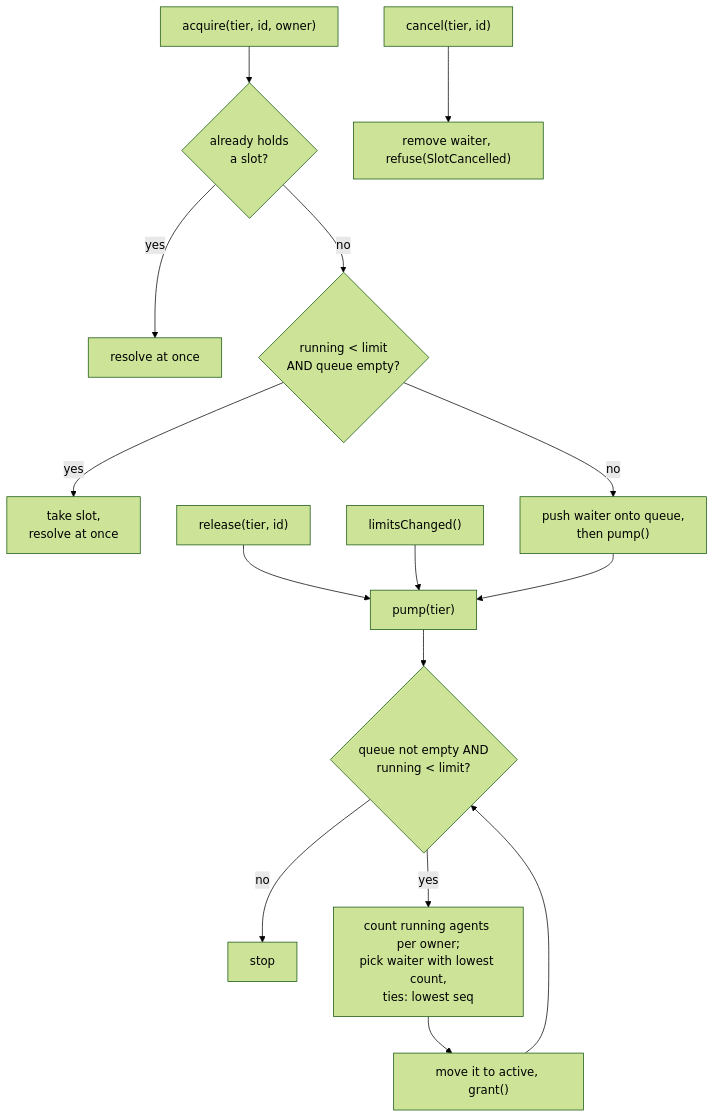
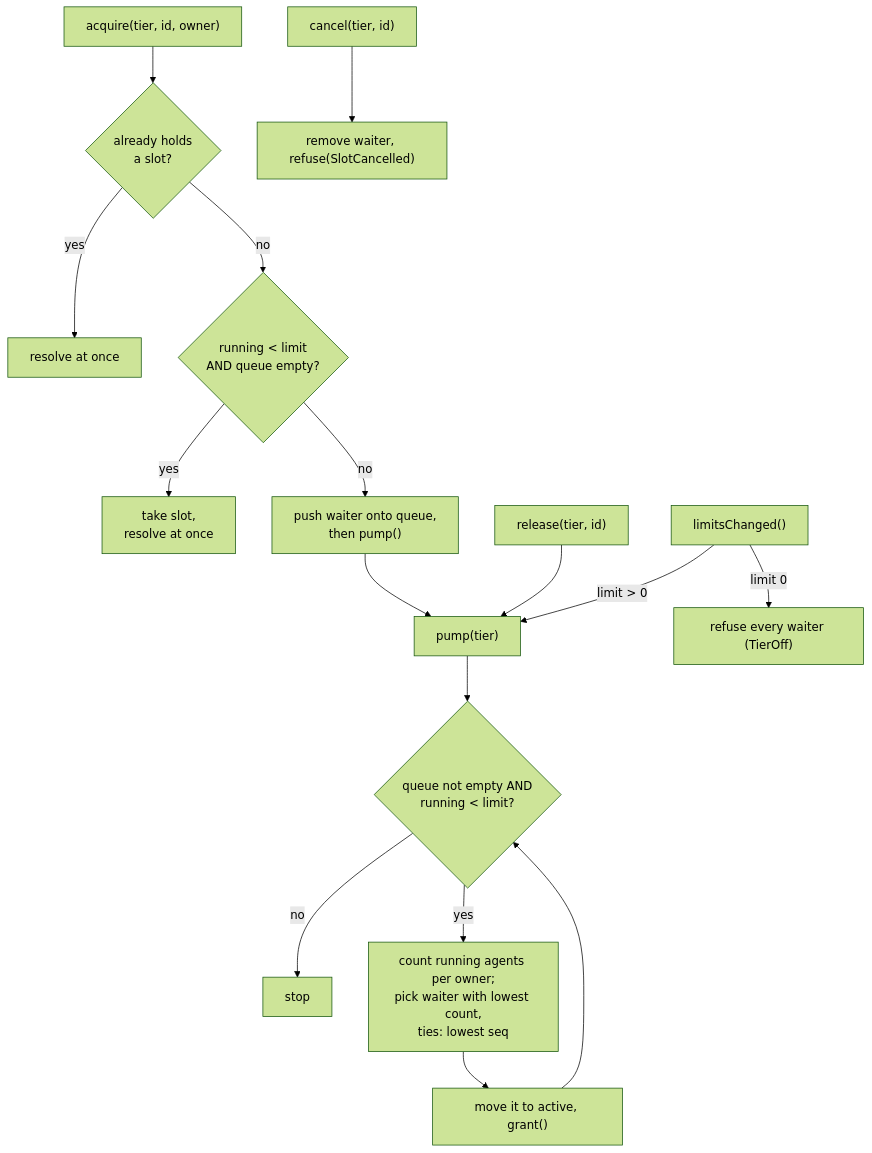
The diagram in docs/wiki/Slot-Scheduling.md (Luxorium/masthead), drawn with Mermaid (forest theme) before and after one commit. The commit also changed other lines of this file and 71 other files, not shown here.

````diff
--- a/docs/wiki/Slot-Scheduling.md
+++ b/docs/wiki/Slot-Scheduling.md
@@ -25,17 +26,18 @@
 ```mermaid
 flowchart TD
   A["acquire(tier, id, owner)"] --> B{"already holds<br/>a slot?"}
   B -- yes --> G["resolve at once"]
   B -- no --> C{"running < limit<br/>AND queue empty?"}
   C -- yes --> D["take slot,<br/>resolve at once"]
   C -- no --> E["push waiter onto queue,<br/>then pump()"]
   R["release(tier, id)"] --> P
-  L["limitsChanged()"] --> P
+  L["limitsChanged()"] -- "limit > 0" --> P
+  L -- "limit 0" --> LO["refuse every waiter (TierOff)"]
   E --> P["pump(tier)"]
   P --> Q{"queue not empty AND<br/>running < limit?"}
   Q -- no --> Z["stop"]
   Q -- yes --> S["count running agents per owner;<br/>pick waiter with lowest count,<br/>ties: lowest seq"]
   S --> T["move it to active, grant()"]
   T --> Q
   X["cancel(tier, id)"] --> Y["remove waiter, refuse(SlotCancelled)"]
 ```
````
